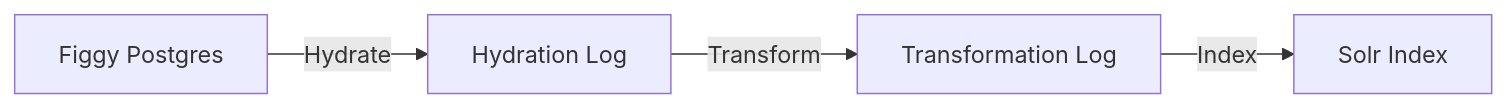
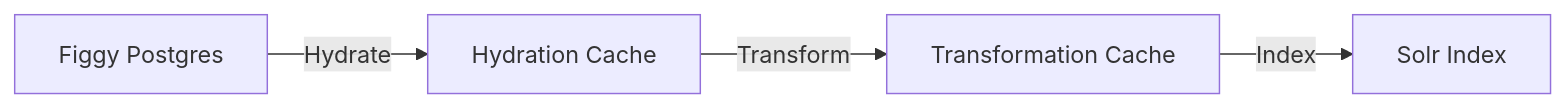
The first of 2 diagrams in architecture-decisions/0002-indexing.md (pulibrary/dpul-collections), drawn with Mermaid before and after one commit. The commit also changed other lines of this file, not shown here.

````diff
--- a/architecture-decisions/0002-indexing.md
+++ b/architecture-decisions/0002-indexing.md
@@ -27,6 +27,6 @@
 ```mermaid
 flowchart LR
-    A[Figgy Postgres] -->|Hydrate| B[Hydration Log]
-    B -->|Transform| C[Transformation Log]
+    A[Figgy Postgres] -->|Hydrate| B[Hydration Cache]
+    B -->|Transform| C[Transformation Cache]
     C -->|Index| D[Solr Index]
 ```
````
